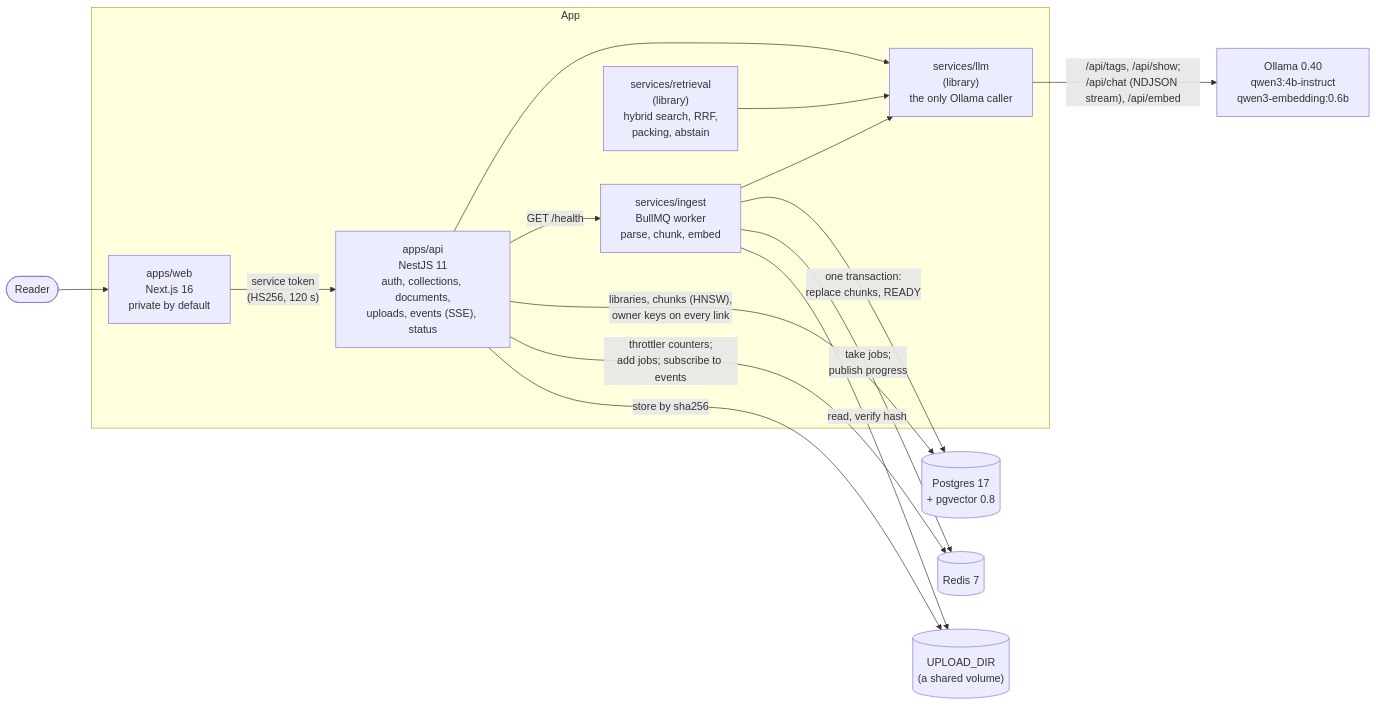
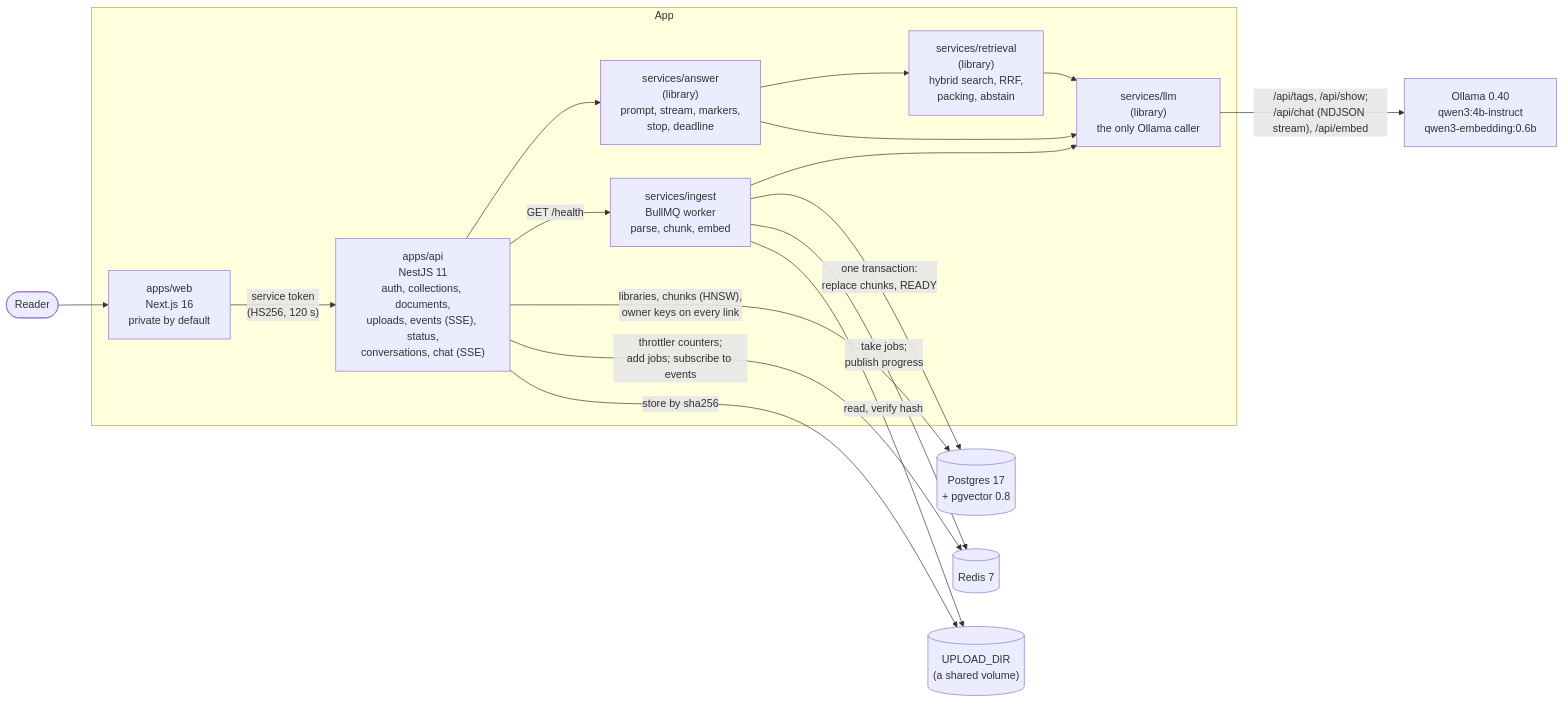
One commit to bastian-red/rag-assistant changed the diagram in README.md. Above: the diagram before and after it, drawn with Mermaid. The commit also changed other lines of this file and 39 other files, not shown here.

````diff
--- a/README.md
+++ b/README.md
@@ -27,20 +30,22 @@
 ```mermaid
 flowchart LR
   user([Reader]) --> web
 
   subgraph app ["App"]
-    web["apps/web<br/>Next.js 16<br/>private by default"] -->|"service token<br/>(HS256, 120 s)"| api["apps/api<br/>NestJS 11<br/>auth, collections, documents,<br/>uploads, events (SSE), status"]
-    api --> llm["services/llm<br/>(library)<br/>the only Ollama caller"]
+    web["apps/web<br/>Next.js 16<br/>private by default"] -->|"service token<br/>(HS256, 120 s)"| api["apps/api<br/>NestJS 11<br/>auth, collections, documents,<br/>uploads, events (SSE), status,<br/>conversations, chat (SSE)"]
+    api --> answer["services/answer<br/>(library)<br/>prompt, stream, markers,<br/>stop, deadline"]
+    answer --> retrieval
+    answer --> llm["services/llm<br/>(library)<br/>the only Ollama caller"]
     ingest["services/ingest<br/>BullMQ worker<br/>parse, chunk, embed"] --> llm
     retrieval["services/retrieval<br/>(library)<br/>hybrid search, RRF,<br/>packing, abstain"] --> llm
     api -->|"GET /health"| ingest
   end
 
   api -->|"libraries, chunks (HNSW),<br/>owner keys on every link"| pg[("Postgres 17<br/>+ pgvector 0.8")]
   ingest -->|"one transaction:<br/>replace chunks, READY"| pg
   api -->|"throttler counters;<br/>add jobs; subscribe to events"| redis[(Redis 7)]
   ingest -->|"take jobs;<br/>publish progress"| redis
   api -->|"store by sha256"| files[("UPLOAD_DIR<br/>(a shared volume)")]
   ingest -->|"read, verify hash"| files
   llm -->|"/api/tags, /api/show;<br/>/api/chat (NDJSON stream), /api/embed"| ollama["Ollama 0.40<br/>qwen3:4b-instruct<br/>qwen3-embedding:0.6b"]
 ```
````
